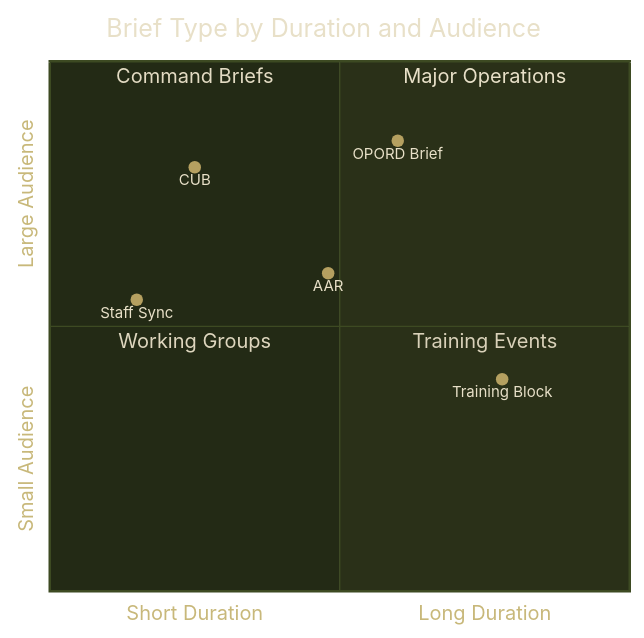
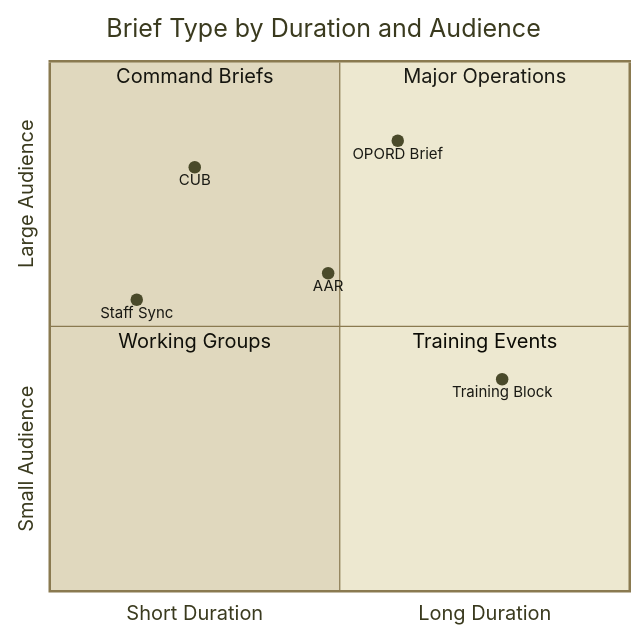
Before and after one commit to pjdoland/slidev-theme-field-manual: the second of 3 diagrams in example.md, drawn with Mermaid. The commit also changed other lines of this file and 33 other files, not shown here.

First line of the commit message:
rename FM 21→24; restore light mermaid palette; cover/section polish; update README

````diff
--- a/example.md
+++ b/example.md
@@ -825,16 +852,16 @@
 ```mermaid
-%%{init: {'theme': 'base', 'quadrantChart': {'useMaxWidth': true}, 'themeVariables': {'background': '#1e2214', 'primaryColor': '#2a3018', 'primaryTextColor': '#e8e0c8', 'primaryBorderColor': '#3d4a22', 'lineColor': '#8a7a50', 'titleColor': '#e8e0c8', 'quadrant1Fill': '#2a3018', 'quadrant2Fill': '#232a15', 'quadrant3Fill': '#232a15', 'quadrant4Fill': '#2a3018', 'quadrantPointFill': '#b5a060', 'quadrantPointTextFill': '#e8e0c8', 'quadrantXAxisTextFill': '#c8b87a', 'quadrantYAxisTextFill': '#c8b87a', 'quadrantTitleFill': '#e8e0c8', 'quadrantLinesColor': '#3d4a22'}}}%%
+%%{init: {'theme': 'base', 'quadrantChart': {'useMaxWidth': true}, 'themeVariables': {'background': '#f5f0e0', 'primaryColor': '#ede8d0', 'primaryTextColor': '#1a1a14', 'primaryBorderColor': '#8a7a50', 'lineColor': '#4a4a2a', 'titleColor': '#3a3a1e', 'quadrant1Fill': '#ede8d0', 'quadrant2Fill': '#e0d8be', 'quadrant3Fill': '#e0d8be', 'quadrant4Fill': '#ede8d0', 'quadrantPointFill': '#4a4a2a', 'quadrantPointTextFill': '#1a1a14', 'quadrantXAxisTextFill': '#3a3a1e', 'quadrantYAxisTextFill': '#3a3a1e', 'quadrantTitleFill': '#3a3a1e', 'quadrantLinesColor': '#8a7a50'}}}%%
 quadrantChart
     title Brief Type by Duration and Audience
     x-axis Short Duration --> Long Duration
     y-axis Small Audience --> Large Audience
     quadrant-1 Major Operations
     quadrant-2 Command Briefs
     quadrant-3 Working Groups
     quadrant-4 Training Events
     Staff Sync: [0.15, 0.55]
     CUB: [0.25, 0.80]
     AAR: [0.48, 0.60]
     OPORD Brief: [0.60, 0.85]
     Training Block: [0.78, 0.40]
 ```
````
